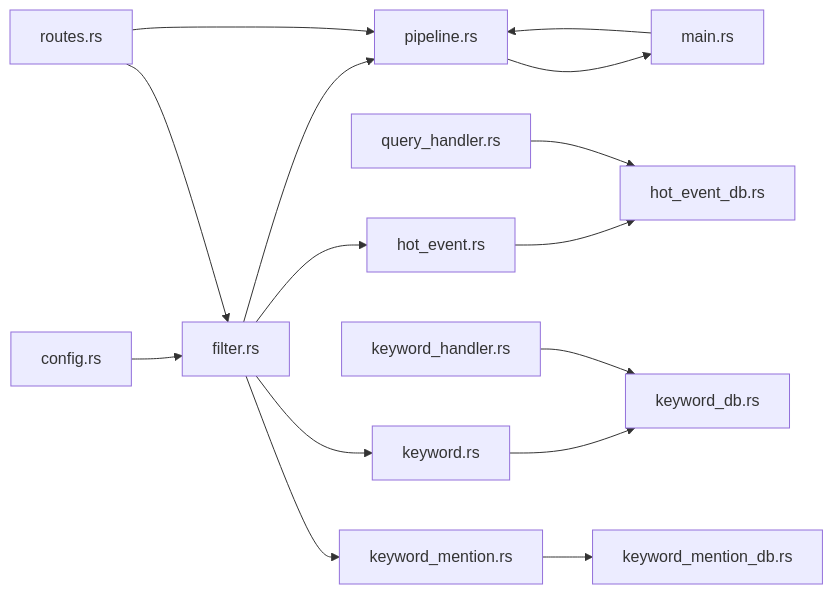
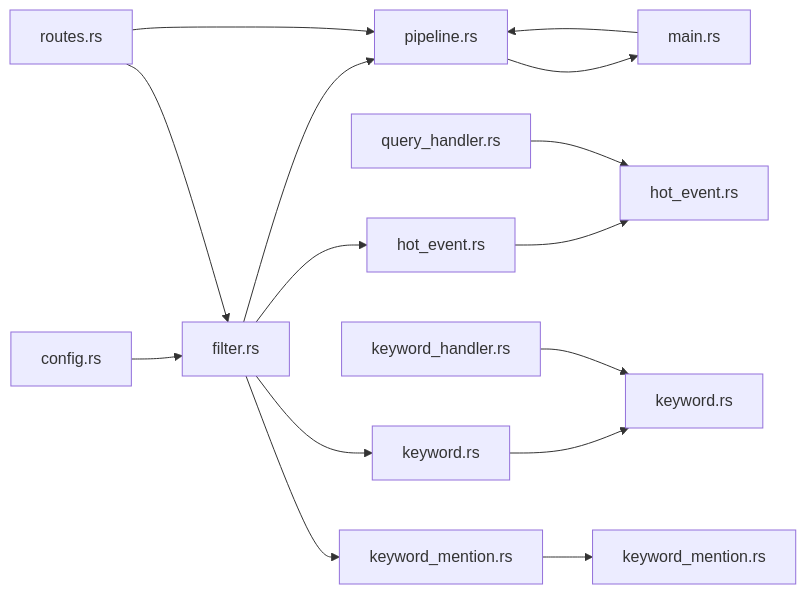
One commit to leimu-hue/AI-Trend-Tool changed the tenth of 10 diagrams in .qoder/repowiki/zh/content/核心模块详解/热点检测模块（Filter）/热点检测模块（Filter）.md. Above: the diagram before and after it, drawn with Mermaid. The commit also changed other lines of this file and 22 other files, not shown here.

````diff
--- a/.qoder/repowiki/zh/content/核心模块详解/热点检测模块（Filter）/热点检测模块（Filter）.md
+++ b/.qoder/repowiki/zh/content/核心模块详解/热点检测模块（Filter）/热点检测模块（Filter）.md
@@ -419,17 +461,17 @@
 ```mermaid
 graph LR
 CFG["config.rs"] --> F["filter.rs"]
 F --> PIPE["pipeline.rs"]
 F --> HE["hot_event.rs"]
 F --> KW["keyword.rs"]
 F --> KM["keyword_mention.rs"]
 PIPE --> MAIN["main.rs"]
 ROUTES["routes.rs"] --> F
 ROUTES --> PIPE
-HE --> DB_HE["hot_event_db.rs"]
-KW --> DB_KW["keyword_db.rs"]
-KM --> DB_KM["keyword_mention_db.rs"]
+HE --> DB_HE["hot_event.rs"]
+KW --> DB_KW["keyword.rs"]
+KM --> DB_KM["keyword_mention.rs"]
 H_KW["keyword_handler.rs"] --> DB_KW
 H_Q["query_handler.rs"] --> DB_HE
 MAIN --> PIPE
 ```
````
